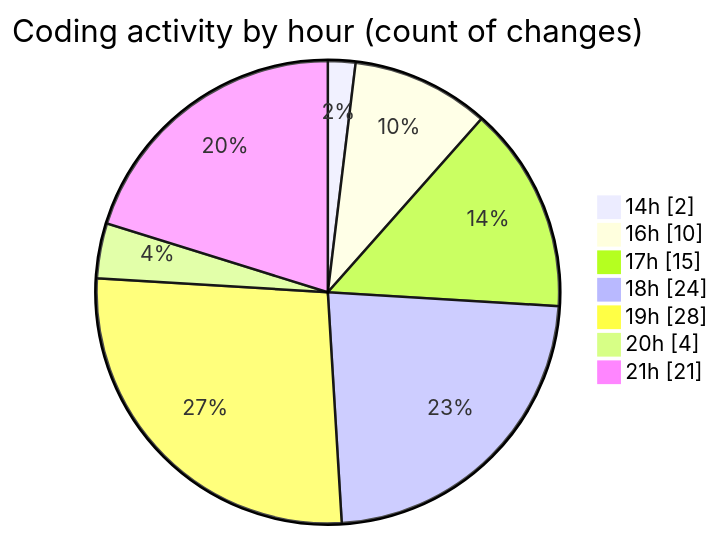
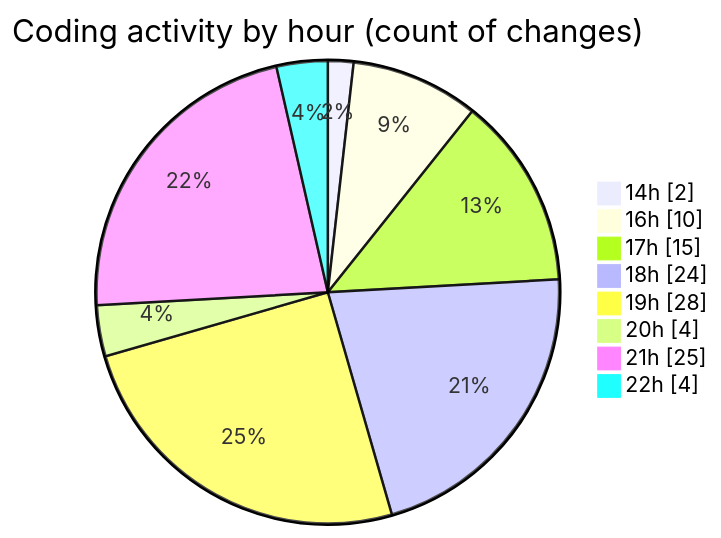
The second of 2 diagrams in 2025-06-18/scopesketch-app/README.md (Ritupan-Deka/code-tracking), drawn with Mermaid before and after one commit. The commit also changed other lines of this file and 1 other file, not shown here.

````diff
--- a/2025-06-18/scopesketch-app/README.md
+++ b/2025-06-18/scopesketch-app/README.md
@@ -45,11 +45,12 @@
 ```mermaid
 pie showData
 title Coding activity by hour (count of changes)
 "14h" : 2
 "16h" : 10
 "17h" : 15
 "18h" : 24
 "19h" : 28
 "20h" : 4
-"21h" : 21
+"21h" : 25
+"22h" : 4
 ```
````
